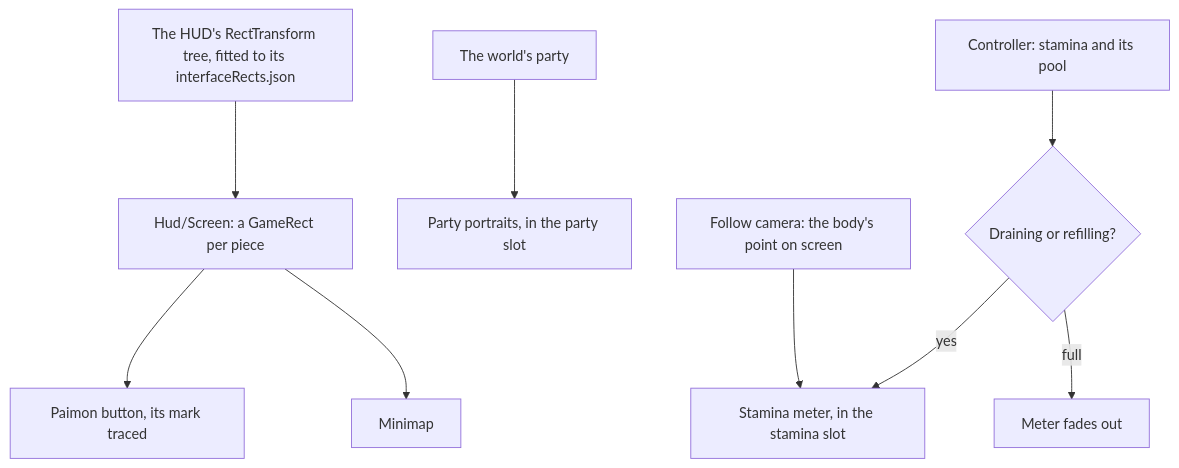
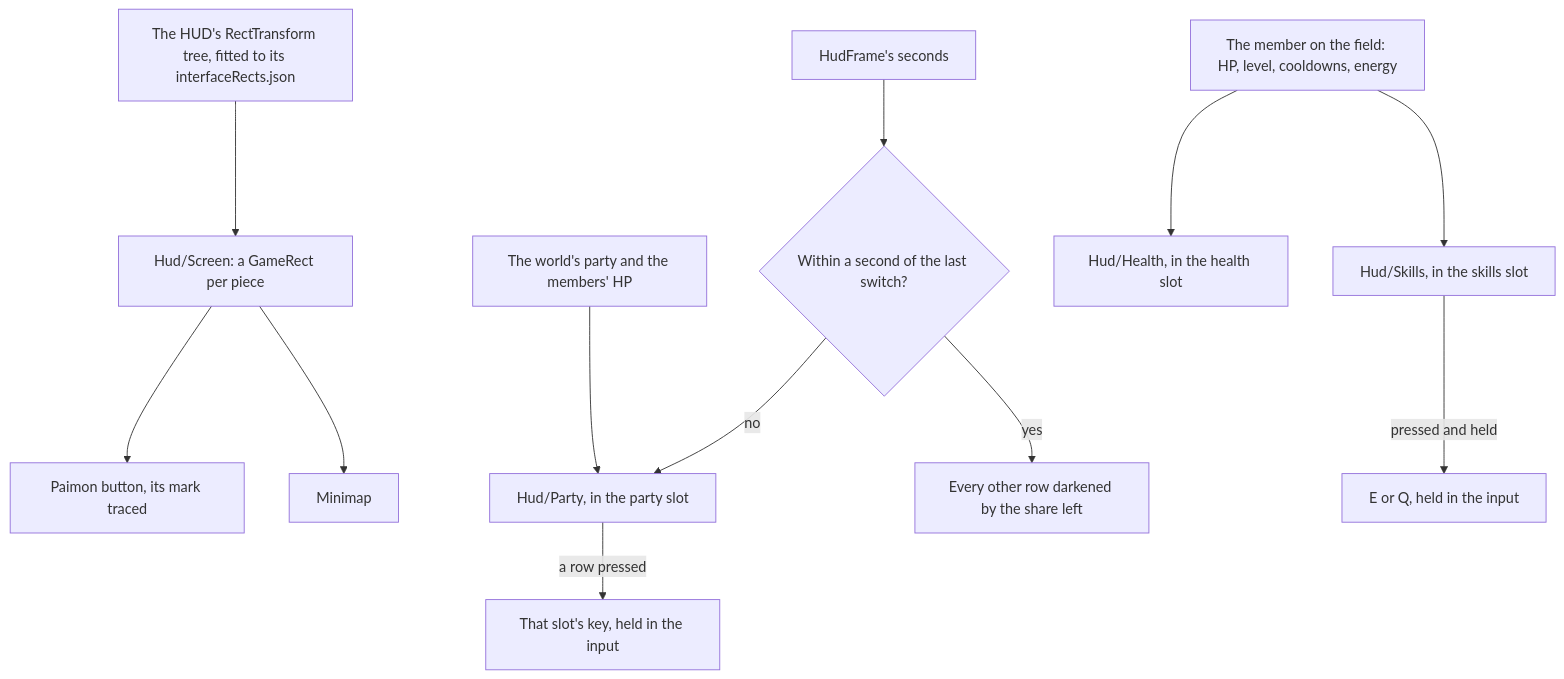
One commit to Esposter/Esposter changed the diagram in apps/web/content/docs/proposals/genshin/hud.md. Above: the diagram before and after it, drawn with Mermaid. The commit also changed other lines of this file and 12 other files, not shown here.

First line of the commit message:
feat(genshin-world): the HUD's stamina meter follows the character, its quest tracker shows the quest V navigates to, and the beam rises over its objective

````diff
--- a/apps/web/content/docs/proposals/genshin/hud.md
+++ b/apps/web/content/docs/proposals/genshin/hud.md
@@ -21,11 +22,14 @@
 ```mermaid
 flowchart TD
   TREE["The HUD's RectTransform tree, fitted to its interfaceRects.json"] --> SCR["Hud/Screen: a GameRect per piece"]
   SCR --> PB["Paimon button, its mark traced"]
   SCR --> MM["Minimap"]
-  PARTY["The world's party"] --> PL["Party portraits, in the party slot"]
-  CC["Controller: stamina and its pool"] --> SHOWN{"Draining or refilling?"}
-  SHOWN -->|"yes"| SM["Stamina meter, in the stamina slot"]
-  SHOWN -->|"full"| HIDE["Meter fades out"]
-  FC["Follow camera: the body's point on screen"] --> SM
+  PARTY["The world's party and the members' HP"] --> PL["Hud/Party, in the party slot"]
+  CLOCK["HudFrame's seconds"] --> COOL{"Within a second of the last switch?"}
+  COOL -->|"yes"| DARK["Every other row darkened by the share left"]
+  COOL -->|"no"| PL
+  PL -->|"a row pressed"| KEY["That slot's key, held in the input"]
+  FIELD["The member on the field: HP, level, cooldowns, energy"] --> HB["Hud/Health, in the health slot"]
+  FIELD --> SK["Hud/Skills, in the skills slot"]
+  SK -->|"pressed and held"| EQ["E or Q, held in the input"]
 ```
````
